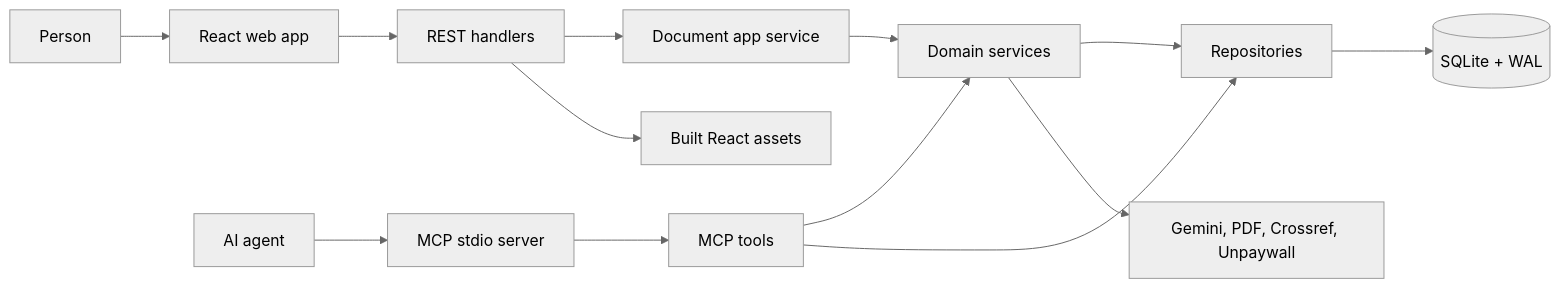
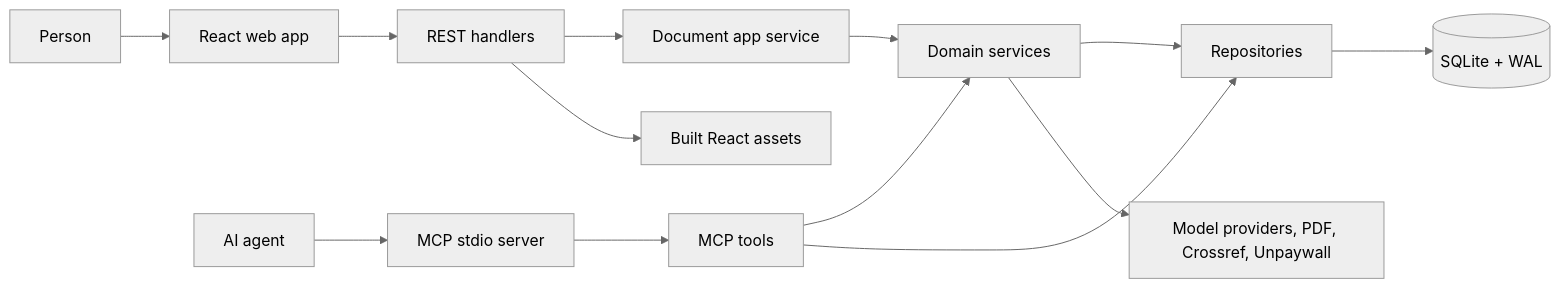
One commit to RizkiRdm/paperviz changed the diagram in README.md. Above: the diagram before and after it, drawn with Mermaid (neutral theme). The commit also changed other lines of this file and 1 other file, not shown here.

````diff
--- a/README.md
+++ b/README.md
@@ -51,18 +53,18 @@
 ```mermaid
 flowchart LR
     User[Person] --> Web[React web app]
     Agent[AI agent] --> MCP[MCP stdio server]
 
     Web --> REST[REST handlers]
     REST --> App[Document app service]
     App --> Services[Domain services]
     MCP --> Tools[MCP tools]
     Tools --> Services
     Tools --> Repo[Repositories]
 
     Services --> Repo
-    Services --> External[Gemini, PDF, Crossref, Unpaywall]
+    Services --> External[Model providers, PDF, Crossref, Unpaywall]
     Repo --> SQLite[(SQLite + WAL)]
 
     REST --> Static[Built React assets]
 ```
````
